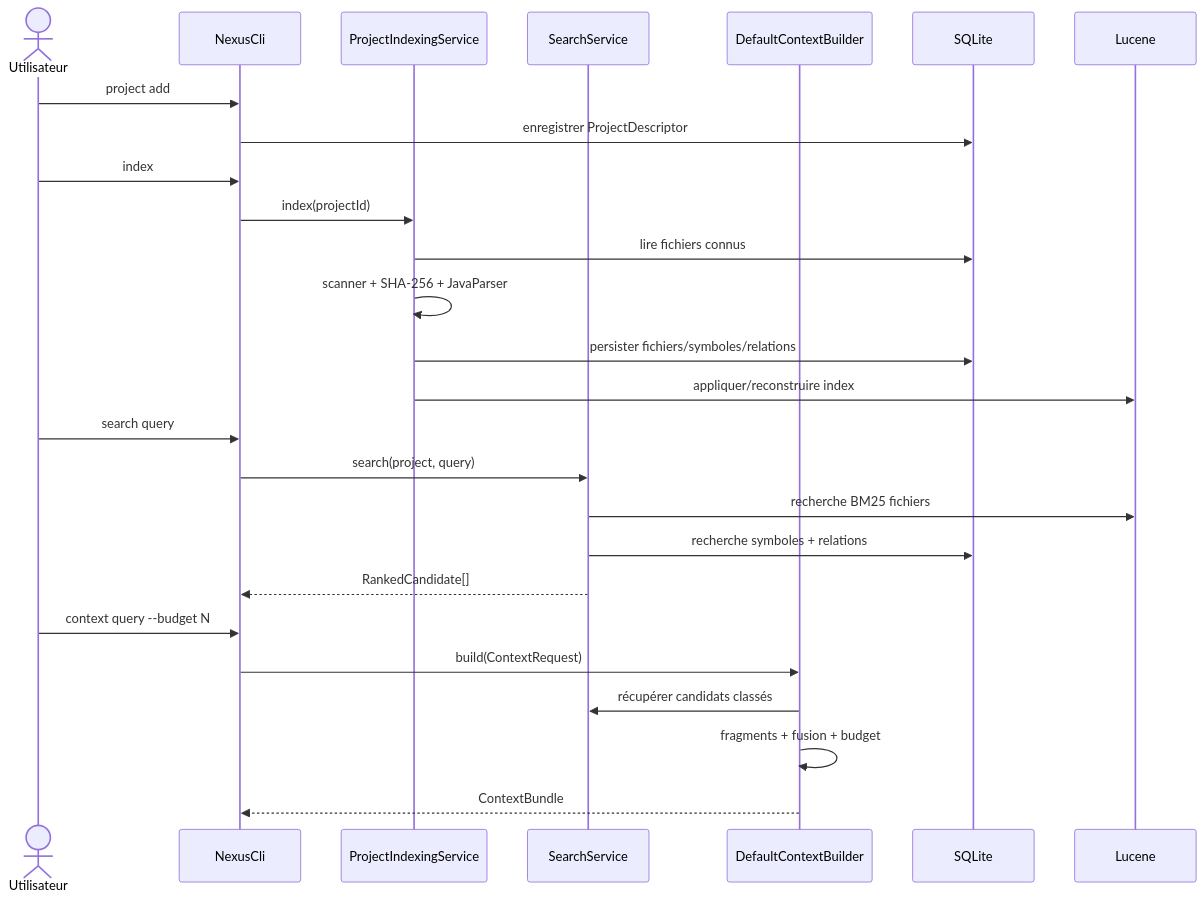
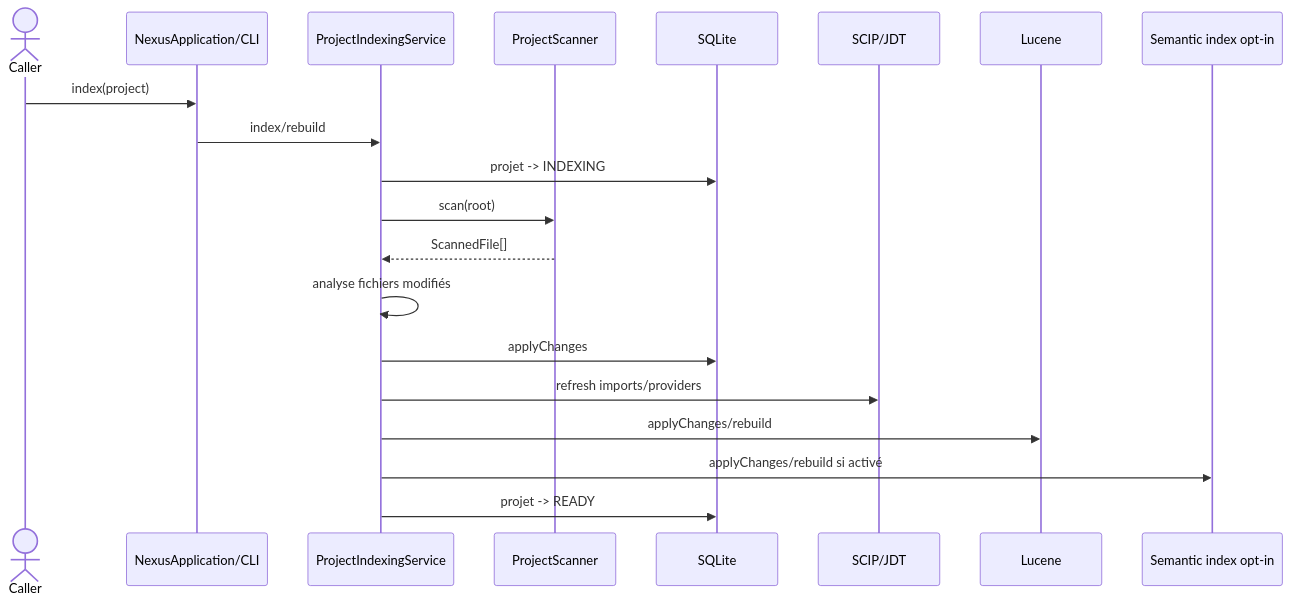
Before and after one commit to FTurleque/nexus-context-engine: the second of 3 diagrams in docs/developer/architecture-implementation.md, drawn with Mermaid. The commit also changed other lines of this file, not shown here.

Commit message:
docs: reconcile implementation architecture

````diff
--- a/docs/developer/architecture-implementation.md
+++ b/docs/developer/architecture-implementation.md
@@ -202,32 +252,23 @@
 ```mermaid
 sequenceDiagram
-    actor User as Utilisateur
-    participant CLI as NexusCli
+    actor Caller
+    participant App as NexusApplication/CLI
     participant Index as ProjectIndexingService
-    participant Search as SearchService
-    participant Context as DefaultContextBuilder
-    participant SQLite as SQLite
-    participant Lucene as Lucene
+    participant Scanner as ProjectScanner
+    participant SQLite
+    participant Provider as SCIP/JDT
+    participant Lucene
+    participant Semantic as Semantic index opt-in
 
-    User->>CLI: project add
-    CLI->>SQLite: enregistrer ProjectDescriptor
-
-    User->>CLI: index
-    CLI->>Index: index(projectId)
-    Index->>SQLite: lire fichiers connus
-    Index->>Index: scanner + SHA-256 + JavaParser
-    Index->>SQLite: persister fichiers/symboles/relations
-    Index->>Lucene: appliquer/reconstruire index
-
-    User->>CLI: search query
-    CLI->>Search: search(project, query)
-    Search->>Lucene: recherche BM25 fichiers
-    Search->>SQLite: recherche symboles + relations
-    Search-->>CLI: RankedCandidate[]
-
-    User->>CLI: context query --budget N
-    CLI->>Context: build(ContextRequest)
-    Context->>Search: récupérer candidats classés
-    Context->>Context: fragments + fusion + budget
-    Context-->>CLI: ContextBundle
+    Caller->>App: index(project)
+    App->>Index: index/rebuild
+    Index->>SQLite: projet -> INDEXING
+    Index->>Scanner: scan(root)
+    Scanner-->>Index: ScannedFile[]
+    Index->>Index: analyse fichiers modifiés
+    Index->>SQLite: applyChanges
+    Index->>Provider: refresh imports/providers
+    Index->>Lucene: applyChanges/rebuild
+    Index->>Semantic: applyChanges/rebuild si activé
+    Index->>SQLite: projet -> READY
 ```
````
